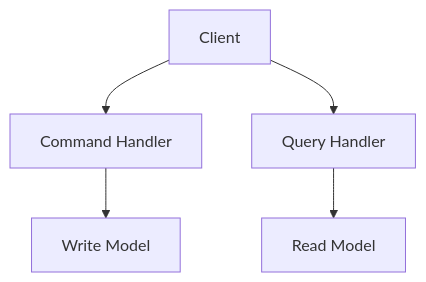
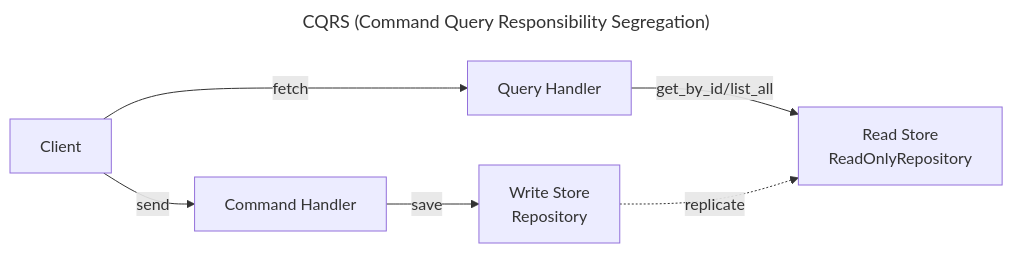
The diagram in docs/architectural-styles/cqrs.md (forging-blocks-org/forging-blocks), drawn with Mermaid before and after one commit. The commit also changed other lines of this file and 15 other files, not shown here.

````diff
--- a/docs/architectural-styles/cqrs.md
+++ b/docs/architectural-styles/cqrs.md
@@ -9,7 +20,11 @@
 ```mermaid
-flowchart TD
-    UI[Client] --> CMD[Command Handler]
-    UI --> QRY[Query Handler]
-    CMD --> WRITE[Write Model]
-    QRY --> READ[Read Model]
+---
+title: CQRS (Command Query Responsibility Segregation)
+---
+graph LR
+    Client -->|send| CommandHandler[Command Handler]
+    Client -->|fetch| QueryHandler[Query Handler]
+    CommandHandler -->|save| WriteStore[Write Store<br/>Repository]
+    QueryHandler -->|get_by_id/list_all| ReadStore[Read Store<br/>ReadOnlyRepository]
+    WriteStore -.->|replicate| ReadStore
 ```
````
